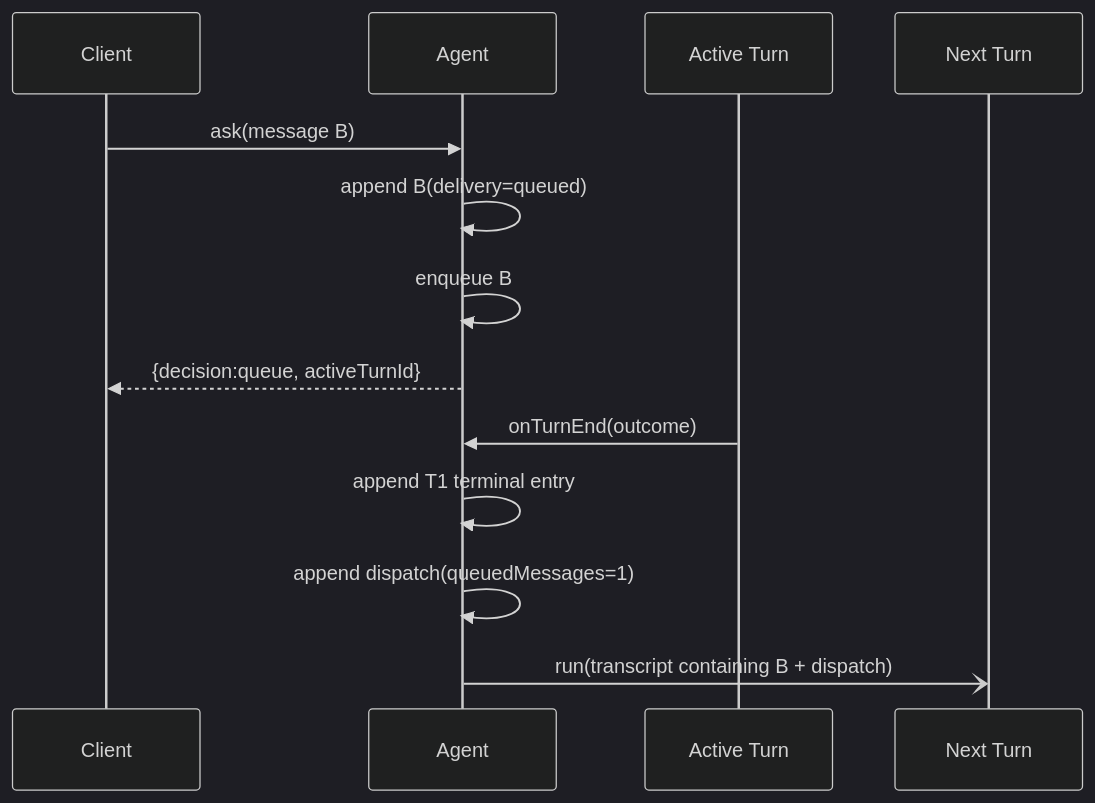
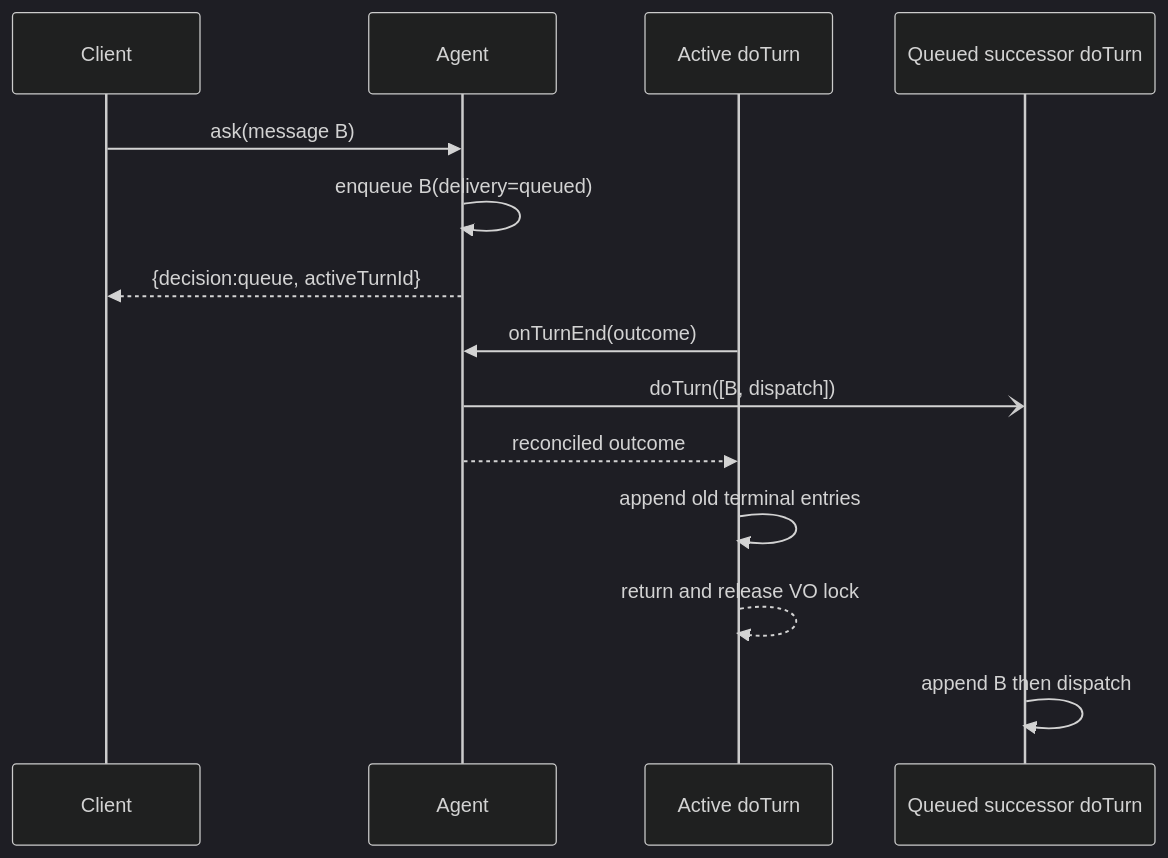
Before and after one commit to restatedev/agent: the second of 4 diagrams in docs/architecture.md, drawn with Mermaid (dark theme). The commit also changed other lines of this file and 10 other files, not shown here.

Commit message:
docs: align guides with agent session architecture

````diff
--- a/docs/architecture.md
+++ b/docs/architecture.md
@@ -206,16 +195,17 @@
 ```mermaid
 sequenceDiagram
   participant C as Client
   participant A as Agent
-  participant T1 as Active Turn
-  participant T2 as Next Turn
+  participant S1 as Active doTurn
+  participant S2 as Queued successor doTurn
 
   C->>A: ask(message B)
-  A->>A: append B(delivery=queued)
-  A->>A: enqueue B
+  A->>A: enqueue B(delivery=queued)
   A-->>C: {decision:queue, activeTurnId}
-  T1->>A: onTurnEnd(outcome)
-  A->>A: append T1 terminal entry
-  A->>A: append dispatch(queuedMessages=1)
-  A-)T2: run(transcript containing B + dispatch)
+  S1->>A: onTurnEnd(outcome)
+  A-)S2: doTurn([B, dispatch])
+  A-->>S1: reconciled outcome
+  S1->>S1: append old terminal entries
+  S1-->>S1: return and release VO lock
+  S2->>S2: append B then dispatch
 ```
````
